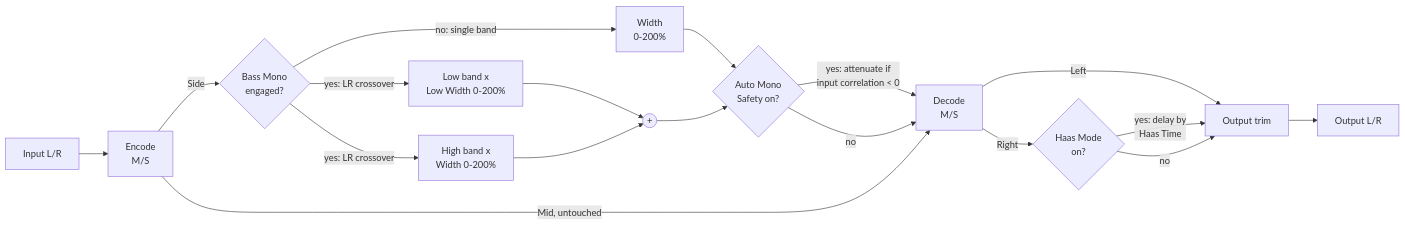
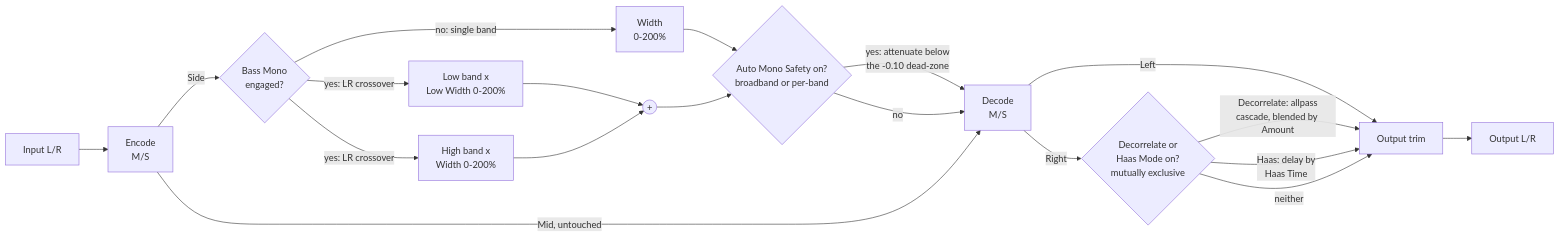
One commit to basilica-audio/Firmament changed the diagram in docs/architecture.md. Above: the diagram before and after it, drawn with Mermaid. The commit also changed other lines of this file and 43 other files, not shown here.

````diff
--- a/docs/architecture.md
+++ b/docs/architecture.md
@@ -5,20 +5,21 @@
 ```mermaid
 flowchart LR
     IN[Input L/R] --> ENC[Encode<br/>M/S]
     ENC -->|Side| XOVER{Bass Mono<br/>engaged?}
     XOVER -->|no: single band| WIDTH[Width<br/>0-200%]
     XOVER -->|yes: LR crossover| LOW[Low band x<br/>Low Width 0-200%]
     XOVER -->|yes: LR crossover| HIGH[High band x<br/>Width 0-200%]
     LOW --> SUM((+))
     HIGH --> SUM
     WIDTH --> SAFETY
-    SUM --> SAFETY{Auto Mono<br/>Safety on?}
-    SAFETY -->|yes: attenuate if<br/>input correlation < 0| DEC
+    SUM --> SAFETY{Auto Mono Safety on?<br/>broadband or per-band}
+    SAFETY -->|yes: attenuate below<br/>the -0.10 dead-zone| DEC
     SAFETY -->|no| DEC[Decode<br/>M/S]
     ENC -->|Mid, untouched| DEC
     DEC -->|Left| OUT_GAIN
-    DEC -->|Right| HAAS{Haas Mode<br/>on?}
-    HAAS -->|yes: delay by<br/>Haas Time| OUT_GAIN[Output trim]
-    HAAS -->|no| OUT_GAIN
+    DEC -->|Right| WIDEN{Decorrelate or<br/>Haas Mode on?<br/>mutually exclusive}
+    WIDEN -->|Decorrelate: allpass<br/>cascade, blended by Amount| OUT_GAIN[Output trim]
+    WIDEN -->|Haas: delay by<br/>Haas Time| OUT_GAIN
+    WIDEN -->|neither| OUT_GAIN
     OUT_GAIN --> OUT[Output L/R]
 ```
````
